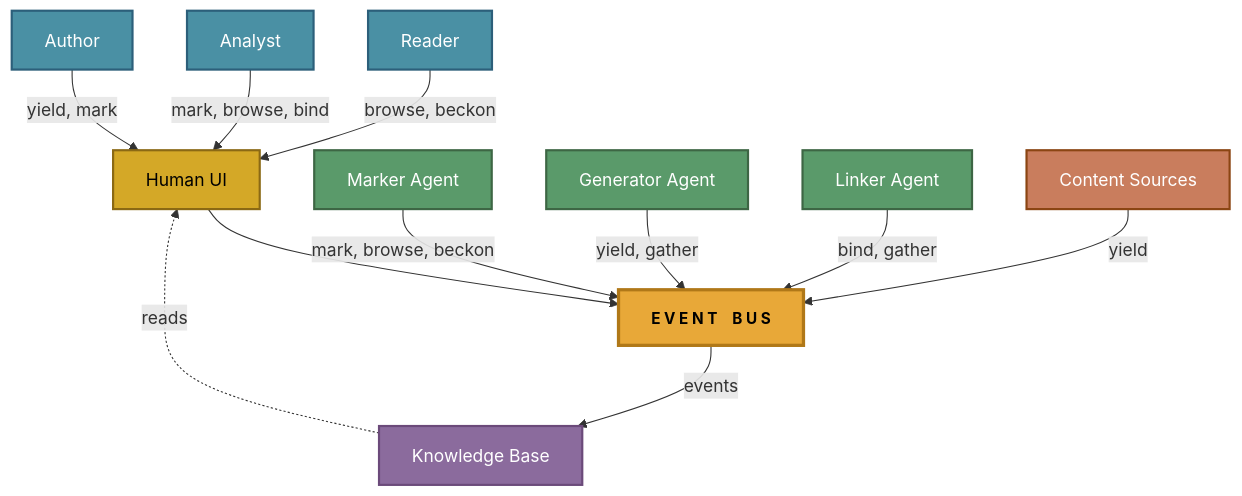
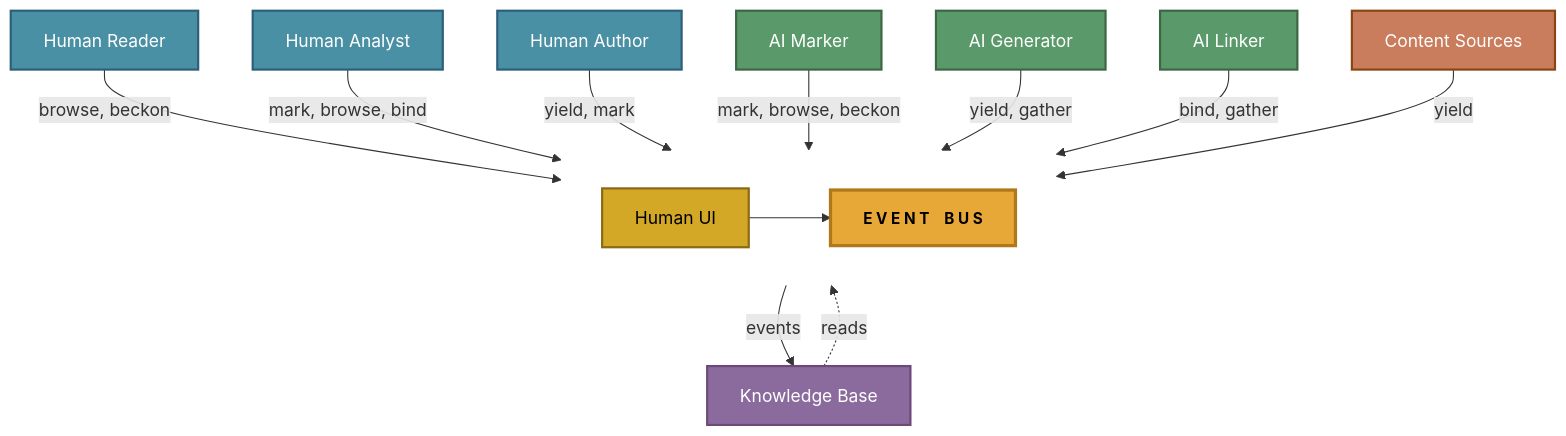
Before and after one commit to The-AI-Alliance/semiont: the first of 3 diagrams in docs/ARCHITECTURE-NEXT.md, drawn with Mermaid.

Commit message:
put bus and ui adjacent; improve labels

````diff
--- a/docs/ARCHITECTURE-NEXT.md
+++ b/docs/ARCHITECTURE-NEXT.md
@@ -17,64 +17,69 @@
 ```mermaid
 graph TB
     %% ================================================================
     %% INTELLIGENT ACTORS (above the bus)
     %% ================================================================
 
-    READER["Reader"]
-    ANALYST["Analyst"]
-    AUTHOR["Author"]
-    UI["Human UI"]
-    MARKER["Marker Agent"]
-    GENERATOR["Generator Agent"]
-    LINKER["Linker Agent"]
+    READER["Human Reader"]
+    ANALYST["Human Analyst"]
+    AUTHOR["Human Author"]
+    MARKER["AI Marker"]
+    GENERATOR["AI Generator"]
+    LINKER["AI Linker"]
 
     %% ================================================================
-    %% EVENT BUS (wide horizontal bar in the center)
+    %% EVENT BUS with Human UI adjacent
     %% ================================================================
-    BUS["E V E N T &ensp; B U S"]
+    subgraph bus_row [" "]
+        direction LR
+        UI["Human UI"]
+        BUS["E V E N T &ensp; B U S"]
+    end
 
     %% ================================================================
     %% PASSIVE ACTORS (below the bus)
     %% ================================================================
 
     KB["Knowledge Base"]
     SOURCES["Content Sources"]
 
     %% ================================================================
     %% CONNECTIONS: Intelligent actors → Bus
     %% ================================================================
 
     READER -->|"browse, beckon"| UI
     ANALYST -->|"mark, browse, bind"| UI
     AUTHOR -->|"yield, mark"| UI
     UI --> BUS
 
     MARKER -->|"mark, browse, beckon"| BUS
     GENERATOR -->|"yield, gather"| BUS
     LINKER -->|"bind, gather"| BUS
 
     %% ================================================================
     %% CONNECTIONS: Bus ↔ Passive actors
     %% ================================================================
 
     BUS -->|events| KB
     KB -.->|reads| UI
     SOURCES -->|yield| BUS
 
     %% ================================================================
     %% STYLING
     %% ================================================================
     classDef bus fill:#e8a838,stroke:#b07818,stroke-width:3px,color:#000,font-weight:bold,font-size:14px
     classDef human fill:#4a90a4,stroke:#2c5f7a,stroke-width:2px,color:#fff
     classDef ai fill:#5a9a6a,stroke:#3d6644,stroke-width:2px,color:#fff
     classDef ui fill:#d4a827,stroke:#8b6914,stroke-width:2px,color:#000
     classDef kb fill:#8b6b9d,stroke:#6b4a7a,stroke-width:2px,color:#fff
     classDef stream fill:#c97d5d,stroke:#8b4513,stroke-width:2px,color:#fff
+    classDef invisible fill:none,stroke:none
 
     class BUS bus
     class READER,ANALYST,AUTHOR human
     class MARKER,GENERATOR,LINKER ai
     class UI ui
     class KB kb
     class SOURCES stream
+    class bus_row invisible
 ```
````
